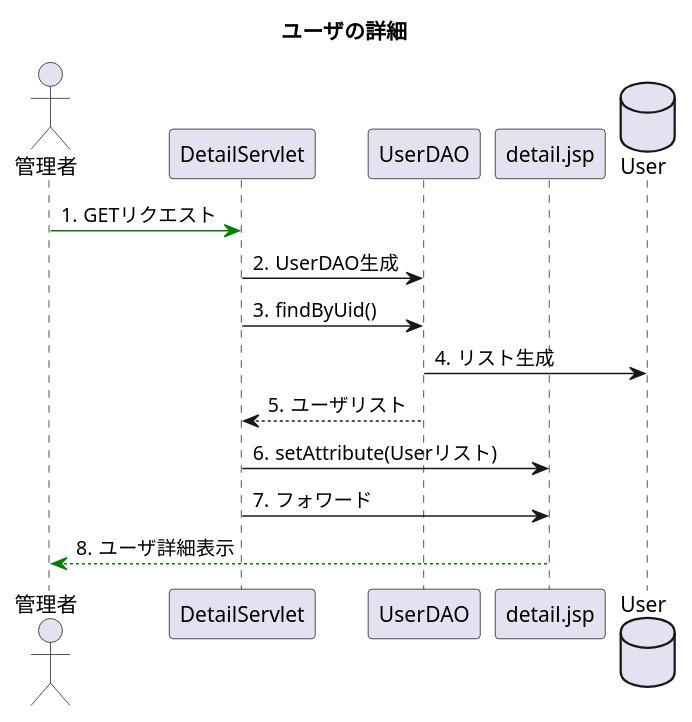
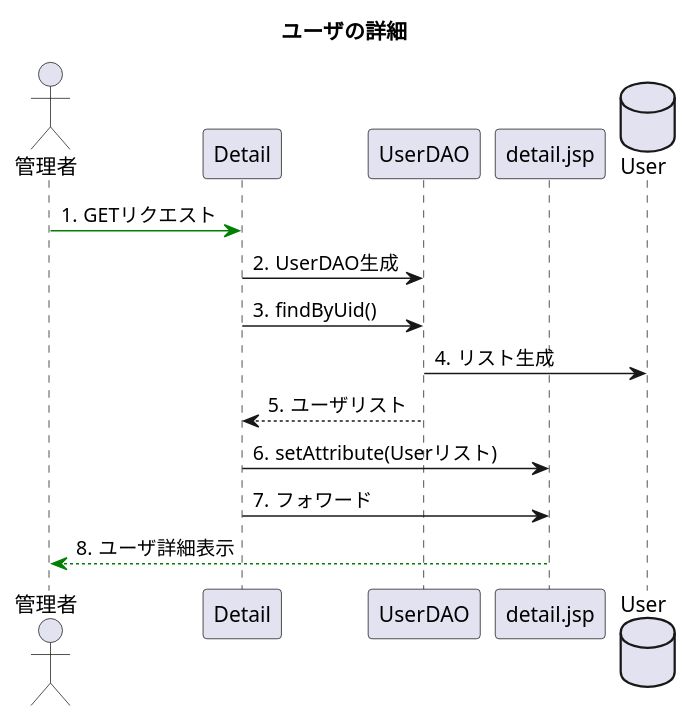
The diagram in uml_detail/seq_detail.pu (toufu66/ProjectC), drawn with PlantUML before and after one commit. The commit also changed 1 other file, not shown here.

```diff
--- a/uml_detail/seq_detail.pu
+++ b/uml_detail/seq_detail.pu
@@ -1,23 +1,23 @@
 @startuml
 title ユーザの詳細
 
 autonumber "#."
 
 actor 管理者
-participant DetailServlet
+participant Detail
 participant UserDAO
 participant detail.jsp
 database User
 
 
-管理者 -[#green]> DetailServlet:GETリクエスト
-DetailServlet -> UserDAO :UserDAO生成
-DetailServlet -> UserDAO :findByUid()
+管理者 -[#green]> Detail:GETリクエスト
+Detail -> UserDAO :UserDAO生成
+Detail -> UserDAO :findByUid()
 UserDAO -> User:リスト生成
-UserDAO --> DetailServlet:ユーザリスト
-DetailServlet -> detail.jsp:setAttribute(Userリスト)
-DetailServlet -> detail.jsp:フォワード
+UserDAO --> Detail:ユーザリスト
+Detail -> detail.jsp:setAttribute(Userリスト)
+Detail -> detail.jsp:フォワード
 detail.jsp --[#green]> 管理者:ユーザ詳細表示
 
 
 @enduml
```
